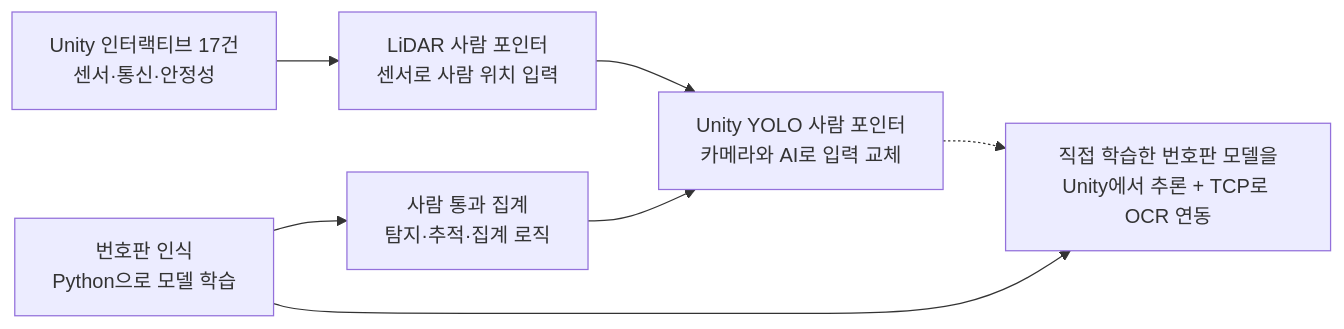
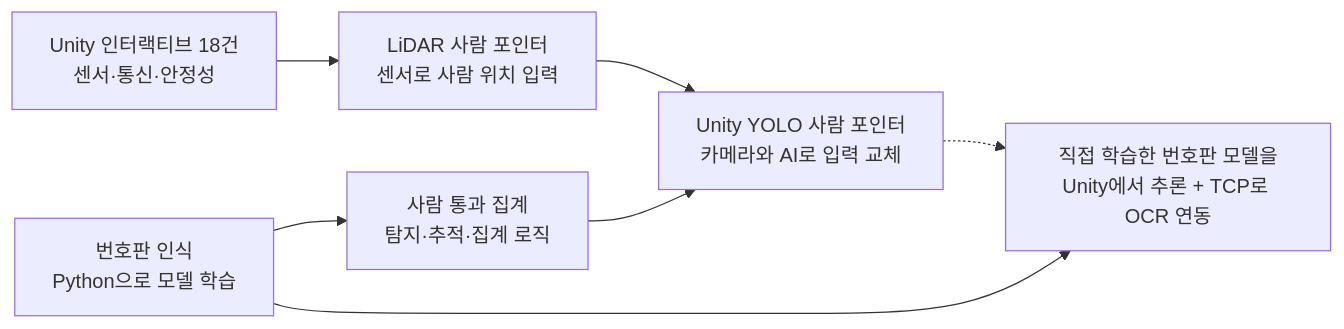
Before and after one commit to jay-7314/unity-interactive-portfolio: the first of 4 diagrams in README.md, drawn with Mermaid. The commit also changed other lines of this file, not shown here.

````diff
--- a/README.md
+++ b/README.md
@@ -23,9 +23,9 @@
 ```mermaid
 flowchart LR
-    A[Unity 인터랙티브 17건<br/>센서·통신·안정성] --> B[LiDAR 사람 포인터<br/>센서로 사람 위치 입력]
+    A[Unity 인터랙티브 18건<br/>센서·통신·안정성] --> B[LiDAR 사람 포인터<br/>센서로 사람 위치 입력]
     B --> C[Unity YOLO 사람 포인터<br/>카메라와 AI로 입력 교체]
     D[번호판 인식<br/>Python으로 모델 학습] --> E[사람 통과 집계<br/>탐지·추적·집계 로직]
     E --> C
     D --> F[직접 학습한 번호판 모델을<br/>Unity에서 추론 + TCP로 OCR 연동]
     C -.-> F
 ```
````
